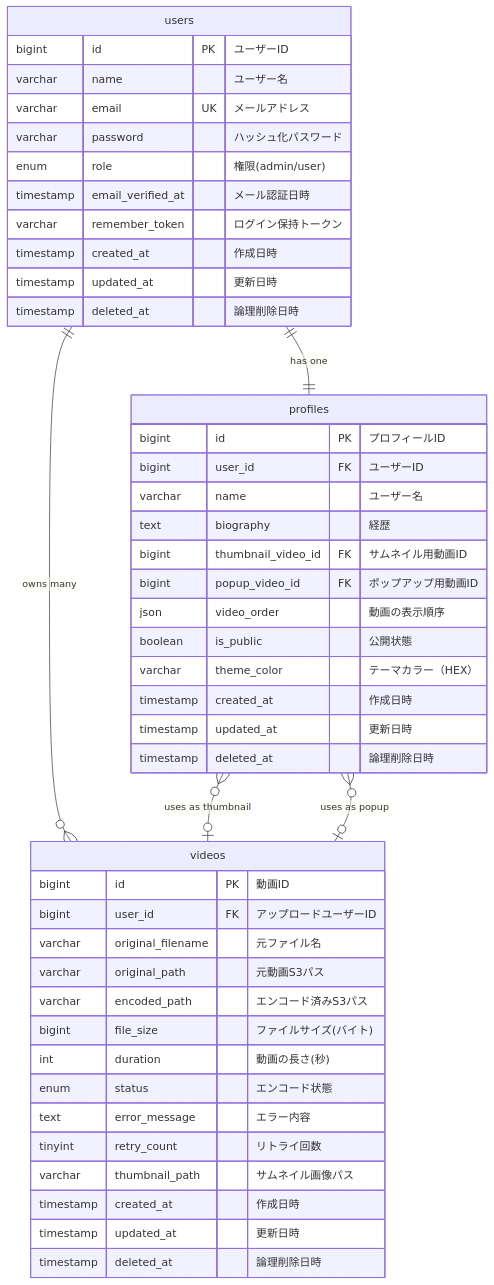
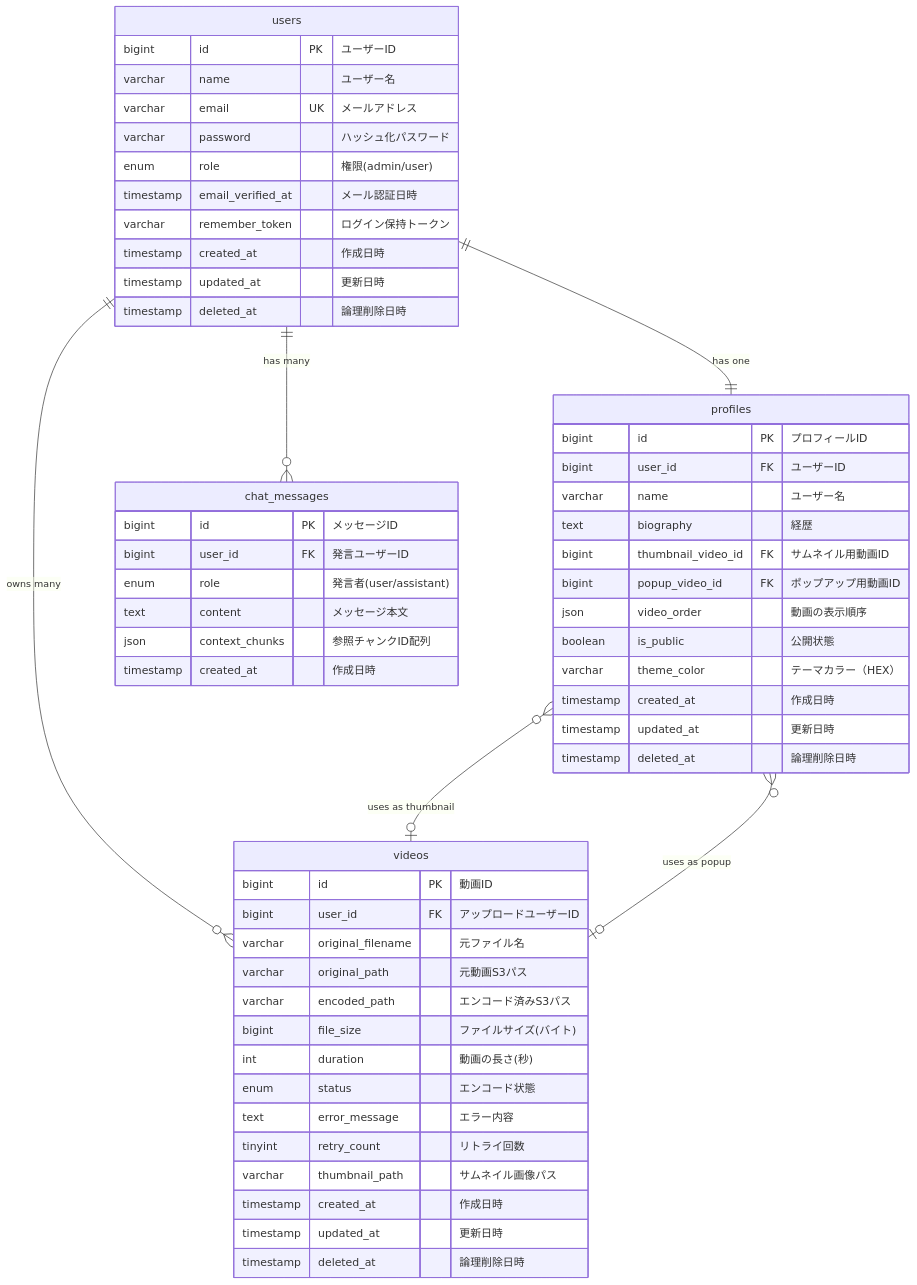
One commit to tetsu2026/movie-profile changed the first of 2 diagrams in docs/design-docs/09_er.md. Above: the diagram before and after it, drawn with Mermaid. The commit also changed other lines of this file and 10 other files, not shown here.

````diff
--- a/docs/design-docs/09_er.md
+++ b/docs/design-docs/09_er.md
@@ -5,52 +5,62 @@
 ```mermaid
 erDiagram
     users ||--|| profiles : "has one"
     users ||--o{ videos : "owns many"
+    users ||--o{ chat_messages : "has many"
     profiles }o--o| videos : "uses as thumbnail"
     profiles }o--o| videos : "uses as popup"
 
     users {
         bigint id PK "ユーザーID"
         varchar name "ユーザー名"
         varchar email UK "メールアドレス"
         varchar password "ハッシュ化パスワード"
         enum role "権限(admin/user)"
         timestamp email_verified_at "メール認証日時"
         varchar remember_token "ログイン保持トークン"
         timestamp created_at "作成日時"
         timestamp updated_at "更新日時"
         timestamp deleted_at "論理削除日時"
     }
 
     profiles {
         bigint id PK "プロフィールID"
         bigint user_id FK "ユーザーID"
         varchar name "ユーザー名"
         text biography "経歴"
         bigint thumbnail_video_id FK "サムネイル用動画ID"
         bigint popup_video_id FK "ポップアップ用動画ID"
         json video_order "動画の表示順序"
         boolean is_public "公開状態"
         varchar theme_color "テーマカラー（HEX）"
         timestamp created_at "作成日時"
         timestamp updated_at "更新日時"
         timestamp deleted_at "論理削除日時"
     }
 
     videos {
         bigint id PK "動画ID"
         bigint user_id FK "アップロードユーザーID"
         varchar original_filename "元ファイル名"
         varchar original_path "元動画S3パス"
         varchar encoded_path "エンコード済みS3パス"
         bigint file_size "ファイルサイズ(バイト)"
         int duration "動画の長さ(秒)"
         enum status "エンコード状態"
         text error_message "エラー内容"
         tinyint retry_count "リトライ回数"
         varchar thumbnail_path "サムネイル画像パス"
         timestamp created_at "作成日時"
         timestamp updated_at "更新日時"
         timestamp deleted_at "論理削除日時"
     }
+
+    chat_messages {
+        bigint id PK "メッセージID"
+        bigint user_id FK "発言ユーザーID"
+        enum role "発言者(user/assistant)"
+        text content "メッセージ本文"
+        json context_chunks "参照チャンクID配列"
+        timestamp created_at "作成日時"
+    }
 ```
````
